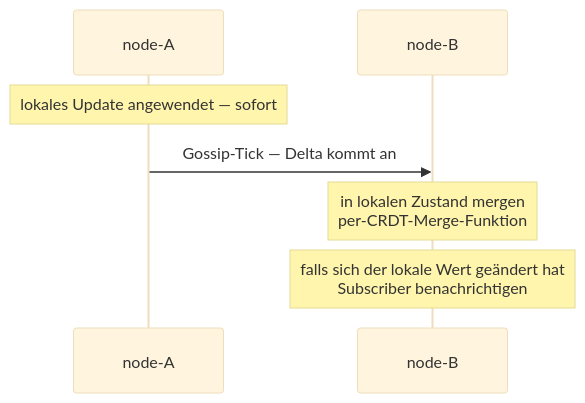
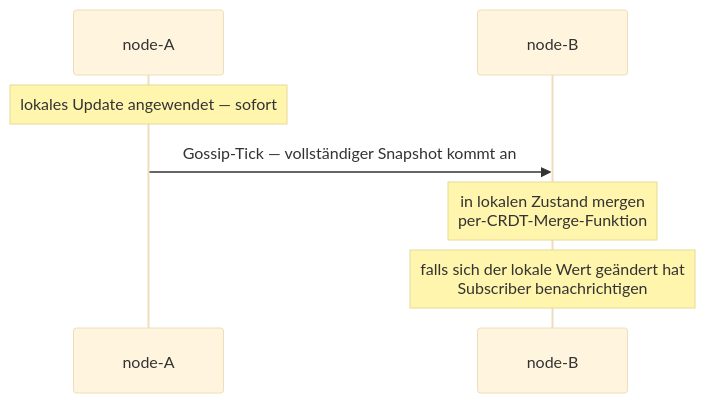
One commit to pathosDev/actor-ts changed the diagram in docs/src/content/docs/de/distributed-data/replication.mdx. Above: the diagram before and after it, drawn with Mermaid (base theme). The commit also changed other lines of this file and 79 other files, not shown here.

````diff
--- a/docs/src/content/docs/de/distributed-data/replication.mdx
+++ b/docs/src/content/docs/de/distributed-data/replication.mdx
@@ -22,9 +22,9 @@
 ```mermaid
 sequenceDiagram
   participant A as node-A
   participant B as node-B
   Note over A: lokales Update angewendet — sofort
-  A->>B: Gossip-Tick — Delta kommt an
+  A->>B: Gossip-Tick — vollständiger Snapshot kommt an
   Note over B: in lokalen Zustand mergen<br/>per-CRDT-Merge-Funktion
   Note over B: falls sich der lokale Wert geändert hat<br/>Subscriber benachrichtigen
 ```
````
